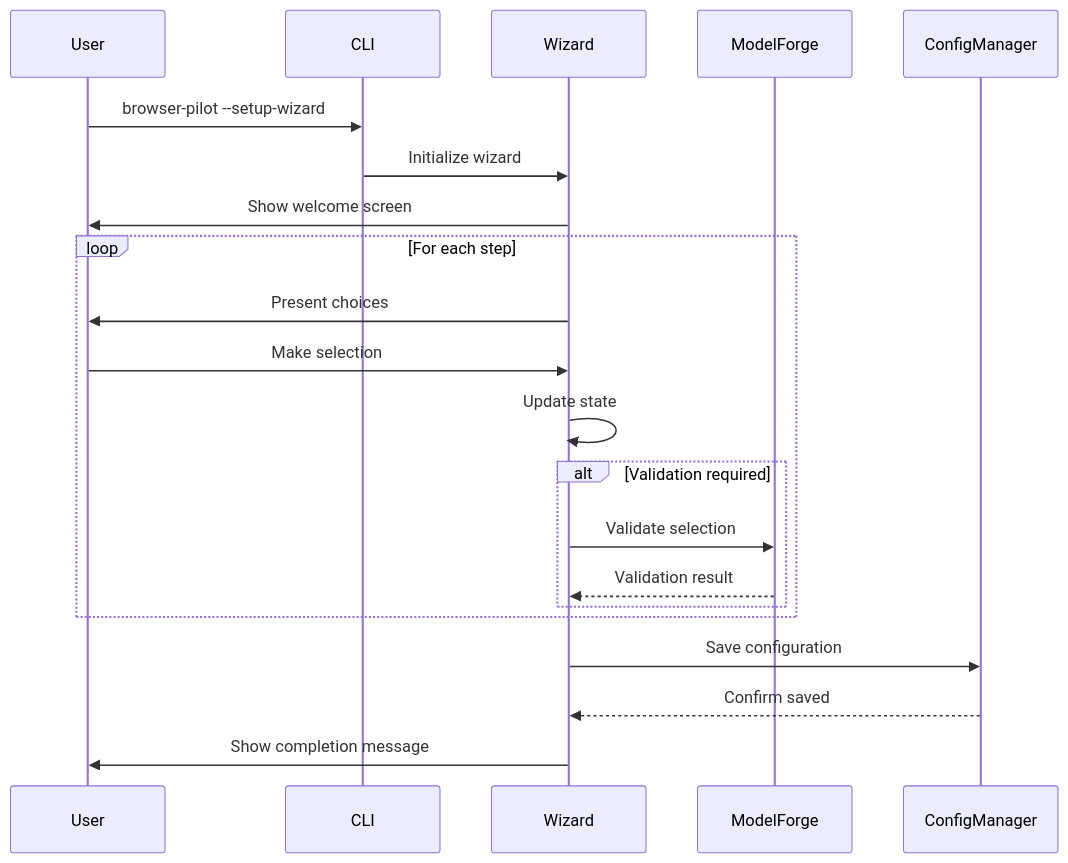
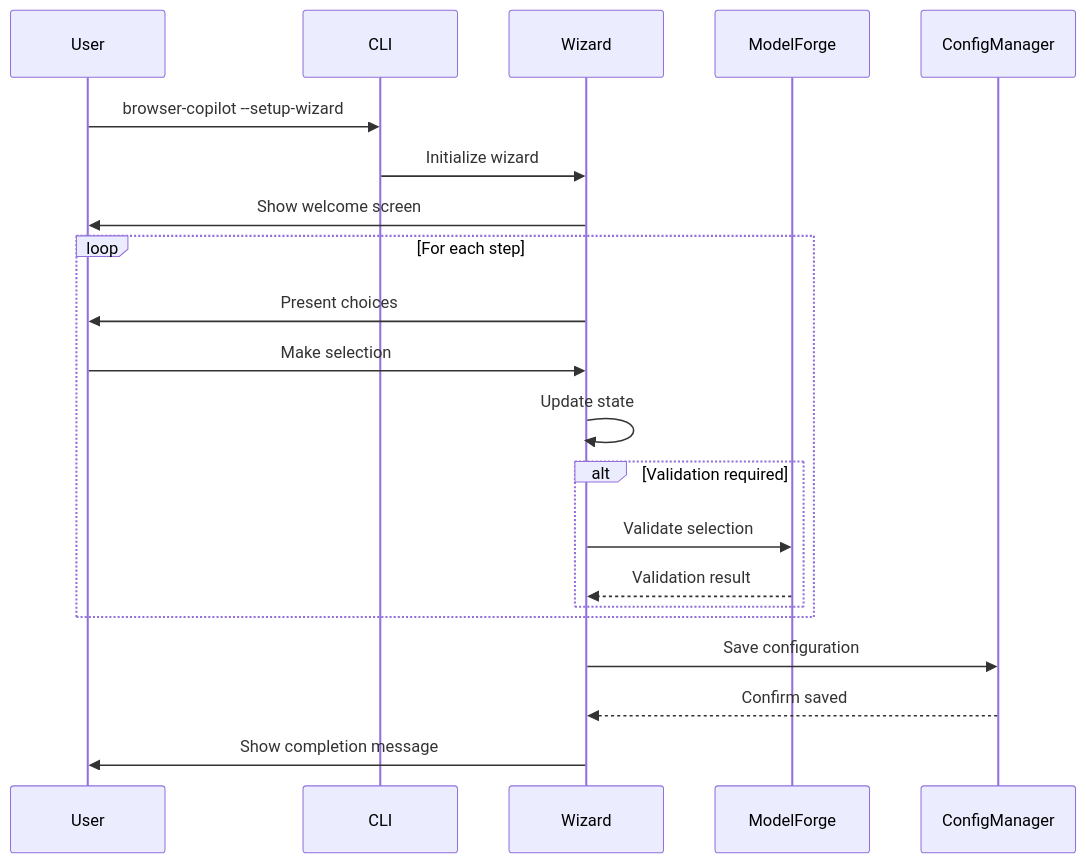
Before and after one commit to smiao-icims/browser-copilot: the diagram in docs/specs/config-wizard/design.md, drawn with Mermaid. The commit also changed other lines of this file and 67 other files, not shown here.

First line of the commit message:
refactor: rename project from browser-pilot to browser-copilot

````diff
--- a/docs/specs/config-wizard/design.md
+++ b/docs/specs/config-wizard/design.md
@@ -213,27 +213,27 @@
 ```mermaid
 sequenceDiagram
     participant User
     participant CLI
     participant Wizard
     participant ModelForge
     participant ConfigManager
     
-    User->>CLI: browser-pilot --setup-wizard
+    User->>CLI: browser-copilot --setup-wizard
     CLI->>Wizard: Initialize wizard
     Wizard->>User: Show welcome screen
     
     loop For each step
         Wizard->>User: Present choices
         User->>Wizard: Make selection
         Wizard->>Wizard: Update state
         
         alt Validation required
             Wizard->>ModelForge: Validate selection
             ModelForge-->>Wizard: Validation result
         end
     end
     
     Wizard->>ConfigManager: Save configuration
     ConfigManager-->>Wizard: Confirm saved
     Wizard->>User: Show completion message
 ```
````
